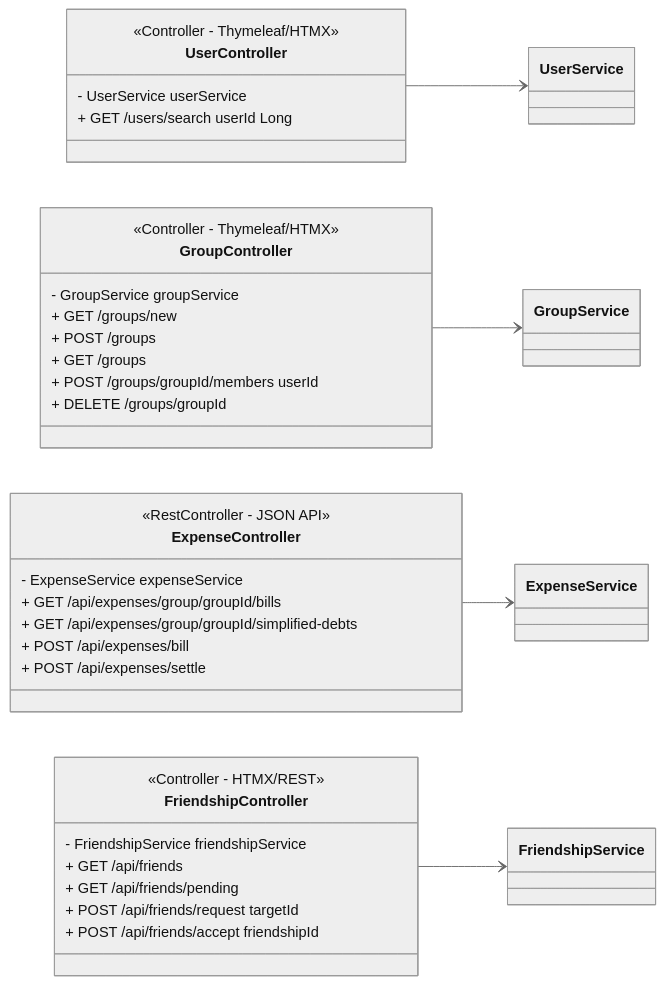
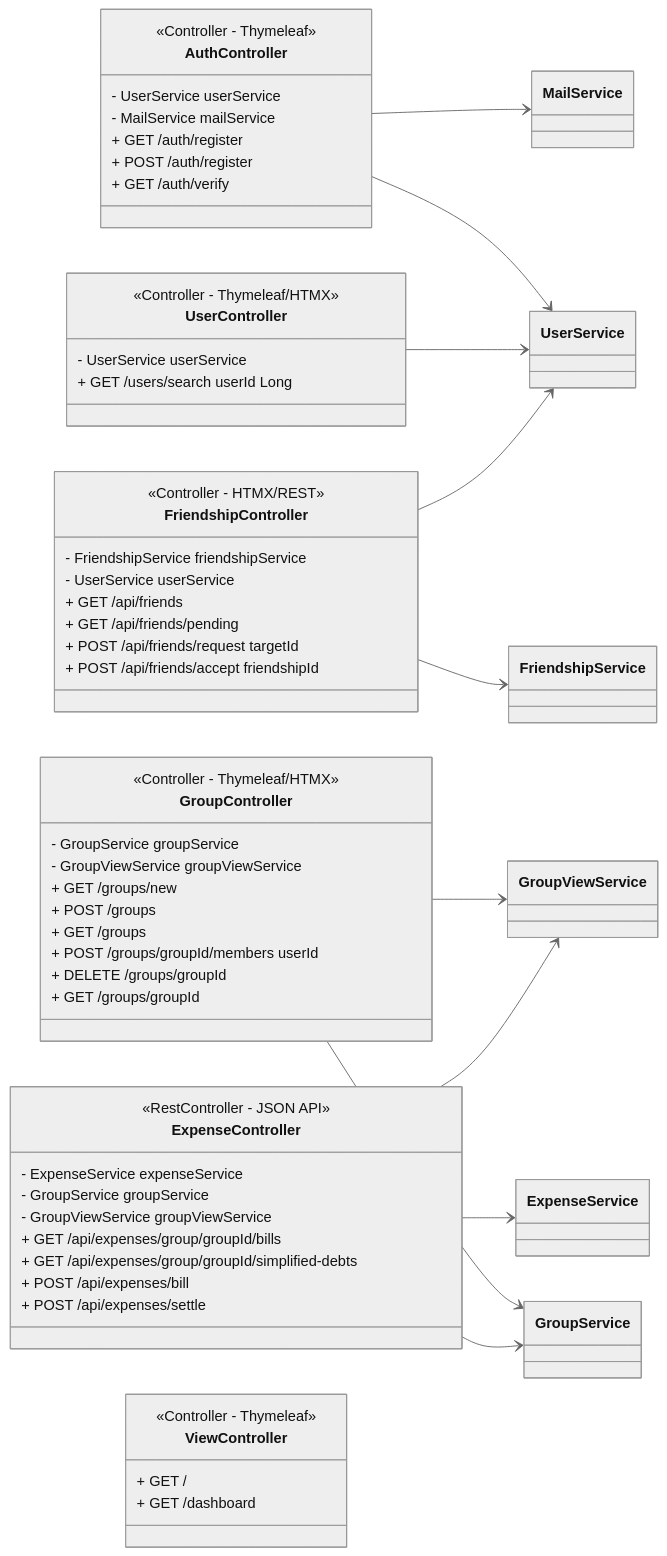
Before and after one commit to emberfox205/teilr: the fourth of 5 diagrams in CLASSDIAGRAM.md, drawn with Mermaid (neutral theme). The commit also changed other lines of this file, not shown here.

Commit message:
modif: ClassDiagram

````diff
--- a/CLASSDIAGRAM.md
+++ b/CLASSDIAGRAM.md
@@ -239,43 +318,69 @@
 ```mermaid
 classDiagram
     direction LR
+    
+    class AuthController {
+        <<Controller - Thymeleaf>>
+        - UserService userService
+        - MailService mailService
+        + GET /auth/register
+        + POST /auth/register
+        + GET /auth/verify
+    }
 
     class UserController {
         <<Controller - Thymeleaf/HTMX>>
         - UserService userService
         + GET /users/search userId Long
     }
 
     class GroupController {
         <<Controller - Thymeleaf/HTMX>>
         - GroupService groupService
+        - GroupViewService groupViewService
         + GET /groups/new
         + POST /groups
         + GET /groups
         + POST /groups/groupId/members userId
         + DELETE /groups/groupId
+        + GET /groups/groupId
     }
 
     class ExpenseController {
         <<RestController - JSON API>>
         - ExpenseService expenseService
+        - GroupService groupService
+        - GroupViewService groupViewService
         + GET /api/expenses/group/groupId/bills
         + GET /api/expenses/group/groupId/simplified-debts
         + POST /api/expenses/bill
         + POST /api/expenses/settle
     }
 
     class FriendshipController {
         <<Controller - HTMX/REST>>
         - FriendshipService friendshipService
+        - UserService userService
         + GET /api/friends
         + GET /api/friends/pending
         + POST /api/friends/request targetId
         + POST /api/friends/accept friendshipId
     }
 
+    class ViewController {
+        <<Controller - Thymeleaf>>
+        + GET /
+        + GET /dashboard
+    }
+
+    AuthController --> UserService
+    AuthController --> MailService
     UserController --> UserService
     GroupController --> GroupService
+    GroupController --> GroupViewService
     ExpenseController --> ExpenseService
+    ExpenseController --> GroupService
+    ExpenseController --> GroupViewService
     FriendshipController --> FriendshipService
+    FriendshipController --> UserService
 ```
````
